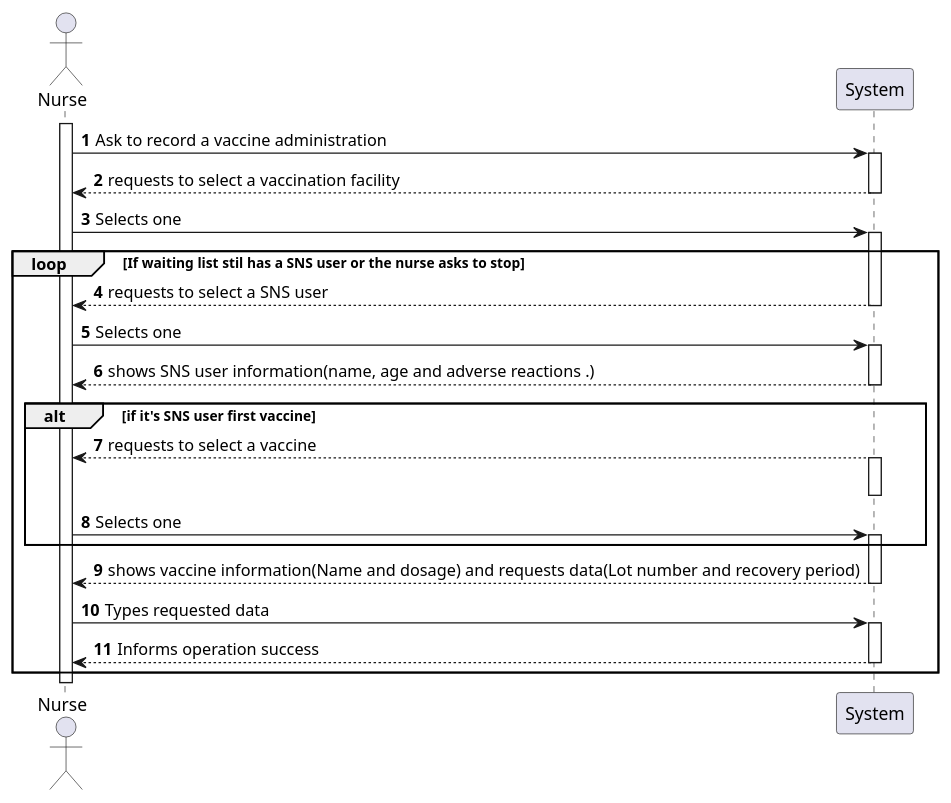
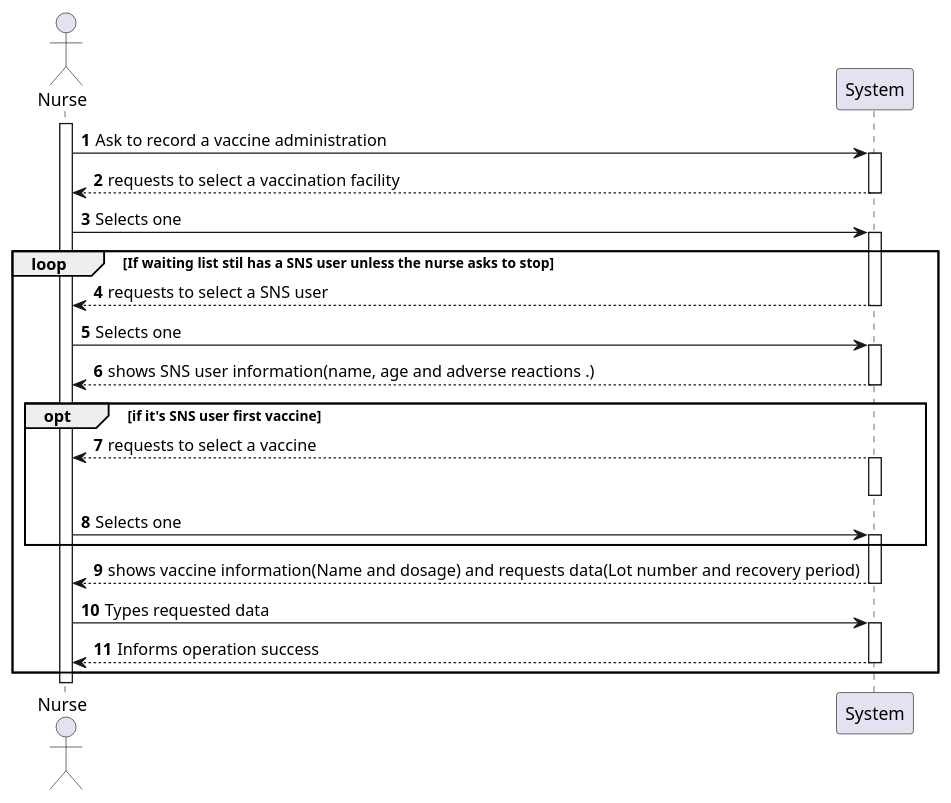
Before and after one commit to osnilas/SNSsystem: the diagram in docs/SprintD/US008/US008_SSD.puml, drawn with PlantUML. The commit also changed 21 other files, not shown here.

```diff
--- a/docs/SprintD/US008/US008_SSD.puml
+++ b/docs/SprintD/US008/US008_SSD.puml
@@ -1,39 +1,39 @@
 @startuml
 'https://plantuml.com/sequence-diagram
 
 autonumber
 
 actor "Nurse" as nurse
 activate nurse
 
 nurse-> System : Ask to record a vaccine administration
 activate System
 System--> nurse : requests to select a vaccination facility
 deactivate System
 nurse-> System : Selects one
 activate System
-loop If waiting list stil has a SNS user or the nurse asks to stop
+loop If waiting list stil has a SNS user unless the nurse asks to stop
 System--> nurse : requests to select a SNS user
 deactivate System
 nurse-> System : Selects one
 activate System
 System--> nurse : shows SNS user information(name, age and adverse reactions .)
 deactivate System
 
-alt if it's SNS user first vaccine
+opt if it's SNS user first vaccine
     System--> nurse : requests to select a vaccine
        activate System
        deactivate System
 
     nurse-> System : Selects one
     activate System
     end
 
 System--> nurse : shows vaccine information(Name and dosage) and requests data(Lot number and recovery period)
 deactivate System
 nurse-> System : Types requested data
 activate System
 System--> nurse : Informs operation success
 deactivate System
 end
 @enduml
```
